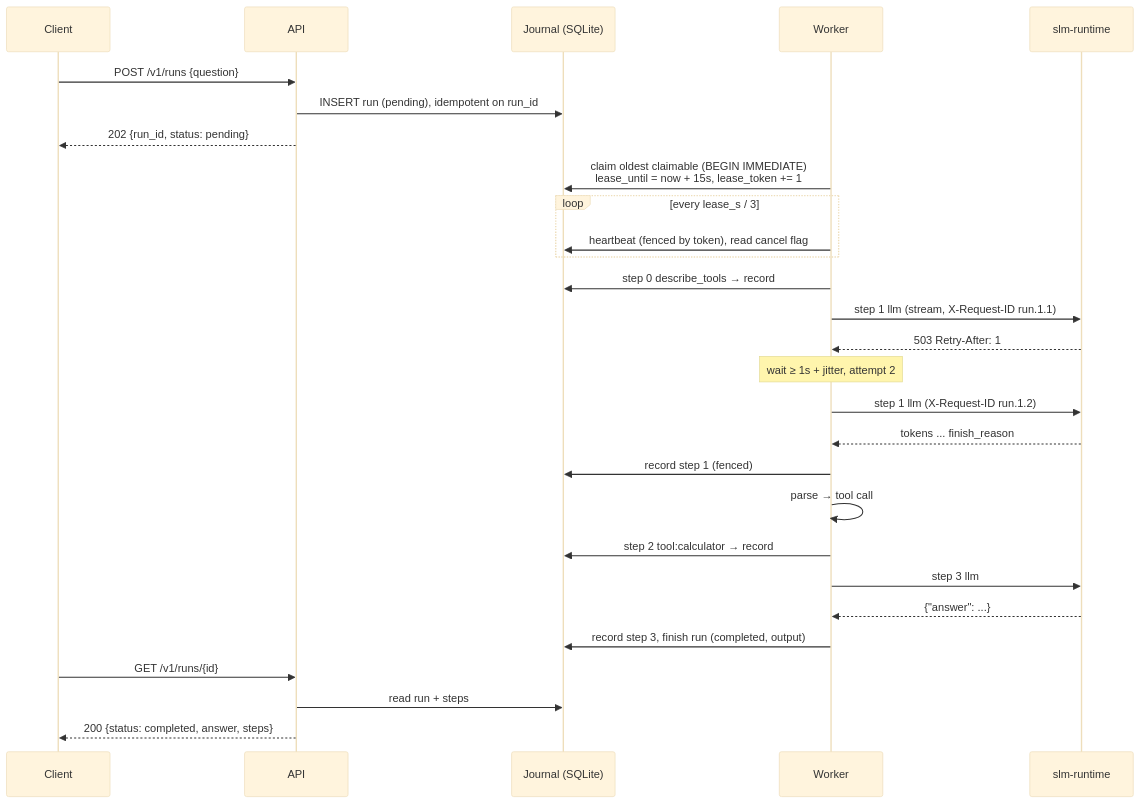
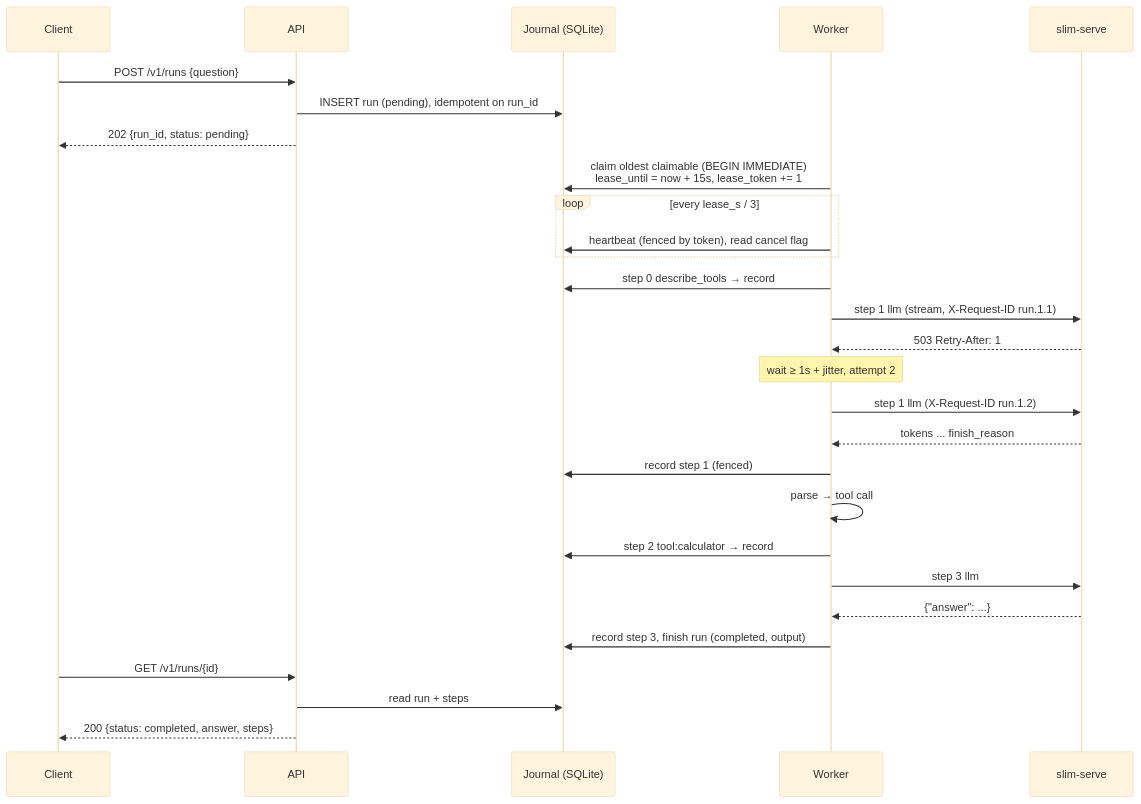
Before and after one commit to ragnarlothbrok53/slm-orchestration-machine: the second of 3 diagrams in docs/architecture.md, drawn with Mermaid (base theme). The commit also changed other lines of this file and 42 other files, not shown here.

````diff
--- a/docs/architecture.md
+++ b/docs/architecture.md
@@ -53,31 +53,31 @@
 ```mermaid
 sequenceDiagram
     participant C as Client
     participant A as API
     participant J as Journal (SQLite)
     participant W as Worker
-    participant M as slm-runtime
+    participant M as slim-serve
 
     C->>A: POST /v1/runs {question}
     A->>J: INSERT run (pending), idempotent on run_id
     A-->>C: 202 {run_id, status: pending}
     W->>J: claim oldest claimable (BEGIN IMMEDIATE)<br/>lease_until = now + 15s, lease_token += 1
     loop every lease_s / 3
         W->>J: heartbeat (fenced by token), read cancel flag
     end
     W->>J: step 0 describe_tools → record
     W->>M: step 1 llm (stream, X-Request-ID run.1.1)
     M-->>W: 503 Retry-After: 1
     Note over W: wait ≥ 1s + jitter, attempt 2
     W->>M: step 1 llm (X-Request-ID run.1.2)
     M-->>W: tokens ... finish_reason
     W->>J: record step 1 (fenced)
     W->>W: parse → tool call
     W->>J: step 2 tool:calculator → record
     W->>M: step 3 llm
     M-->>W: {"answer": ...}
     W->>J: record step 3, finish run (completed, output)
     C->>A: GET /v1/runs/{id}
     A->>J: read run + steps
     A-->>C: 200 {status: completed, answer, steps}
 ```
````
